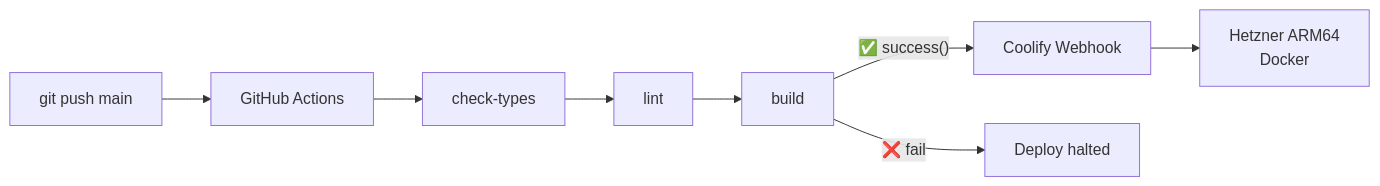
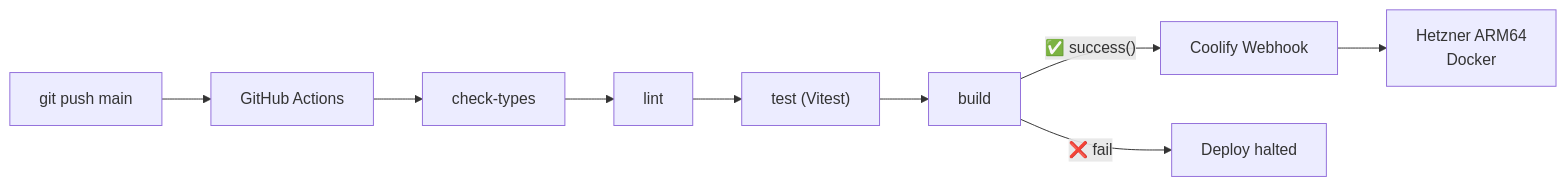
One commit to borayrdmc/Karma changed the fourth of 4 diagrams in README.md. Above: the diagram before and after it, drawn with Mermaid. The commit also changed other lines of this file and 1 other file, not shown here.

Commit message:
feat: add test suite to readmes

````diff
--- a/README.md
+++ b/README.md
@@ -255,10 +255,11 @@
 ```mermaid
 flowchart LR
     A["git push main"] --> B["GitHub Actions"]
     B --> C["check-types"]
     C --> D["lint"]
-    D --> E["build"]
+    D --> T["test (Vitest)"]
+    T --> E["build"]
     E -->|"✅ success()"| F["Coolify Webhook"]
     F --> G["Hetzner ARM64<br/>Docker"]
     E -->|"❌ fail"| H["Deploy halted"]
 ```
````
